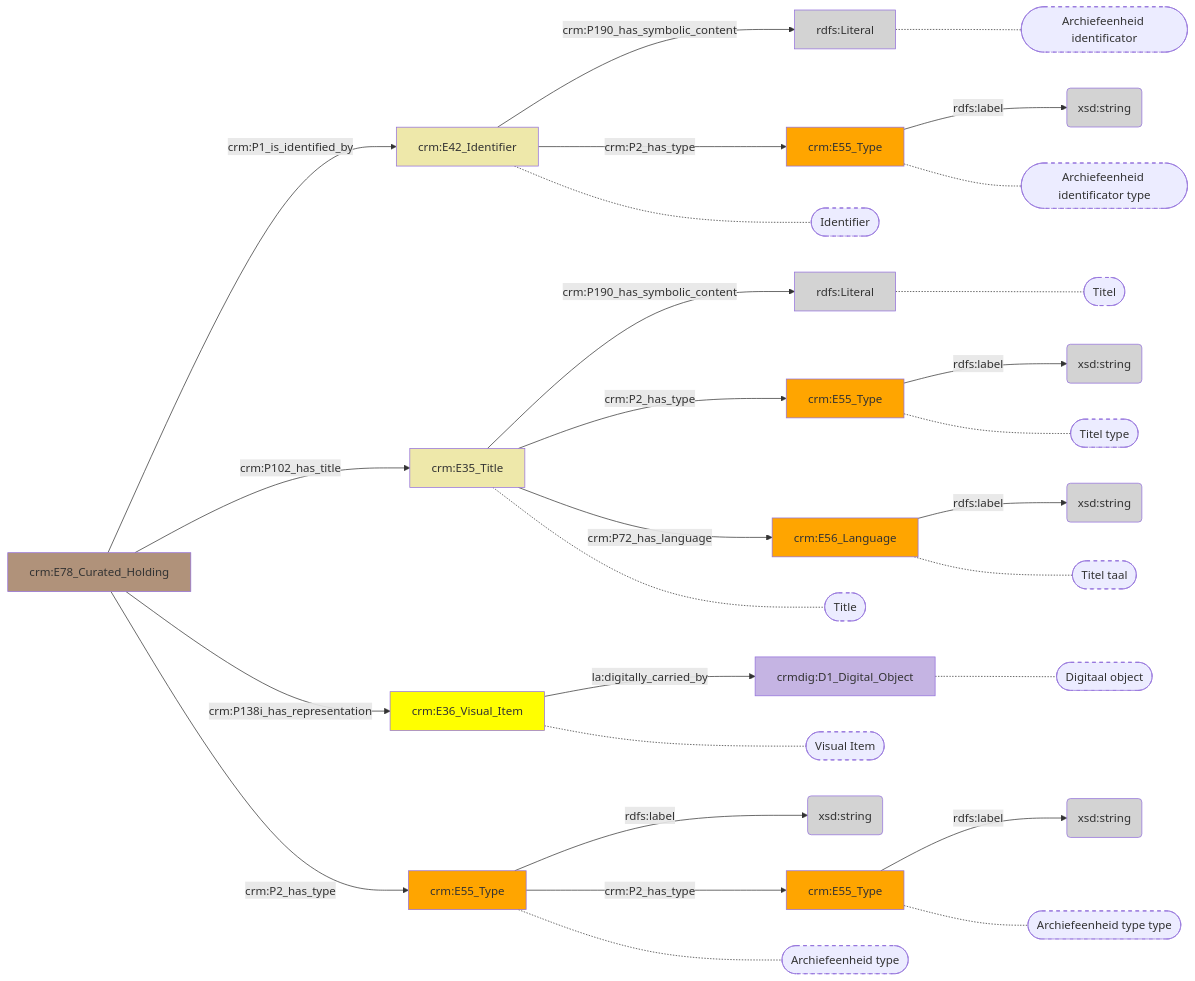
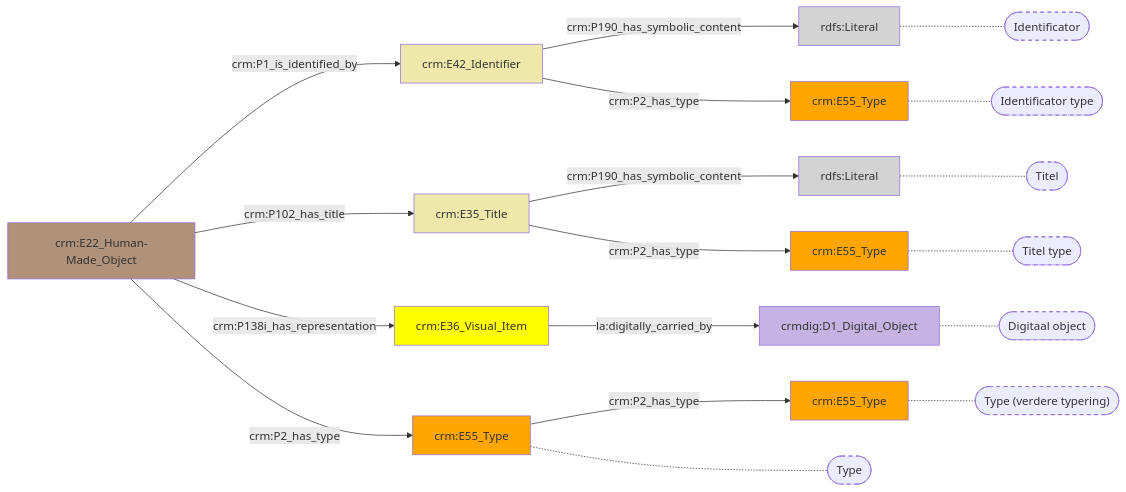
The diagram in docs/content/modellen/ArchivalUnit/Identificatie.md (digipolisantwerpdocumentation/antwerp-cultureel-erfgoed), drawn with Mermaid before and after one commit. The commit also changed 170 other files, not shown here.

````diff
--- a/docs/content/modellen/ArchivalUnit/Identificatie.md
+++ b/docs/content/modellen/ArchivalUnit/Identificatie.md
@@ -1,58 +1,38 @@
 ```mermaid
 graph LR
-3b219d7a-04fb-11ee-9497-96a6d2455259["crm:E42_Identifier"]-->|"crm:P190_has_symbolic_content"|3b21ac02-04fb-11ee-9497-96a6d2455259(rdfs:Literal)
-3b21a068-04fb-11ee-9497-96a6d2455259["crm:E35_Title"]-->|"crm:P190_has_symbolic_content"|3b21ade2-04fb-11ee-9497-96a6d2455259(rdfs:Literal)
-3b21a1da-04fb-11ee-9497-96a6d2455259["crm:E55_Type"]-->|"rdfs:label"|3b21af22-04fb-11ee-9497-96a6d2455259(xsd:string)
-3b21ac52-04fb-11ee-9497-96a6d2455259["crm:E55_Type"]-->|"rdfs:label"|3b21aca2-04fb-11ee-9497-96a6d2455259(xsd:string)
-3b21acf2-04fb-11ee-9497-96a6d2455259["crm:E56_Language"]-->|"rdfs:label"|3b21ae32-04fb-11ee-9497-96a6d2455259(xsd:string)
-3b21ad92-04fb-11ee-9497-96a6d2455259["crm:E55_Type"]-->|"rdfs:label"|3b21ad42-04fb-11ee-9497-96a6d2455259(xsd:string)
-3b21ae82-04fb-11ee-9497-96a6d2455259["crm:E55_Type"]-->|"rdfs:label"|3b21aed2-04fb-11ee-9497-96a6d2455259(xsd:string)
-3b219d7a-04fb-11ee-9497-96a6d2455259["crm:E42_Identifier"]-->|"crm:P2_has_type"|3b21ac52-04fb-11ee-9497-96a6d2455259["crm:E55_Type"]
-3b21a068-04fb-11ee-9497-96a6d2455259["crm:E35_Title"]-->|"crm:P2_has_type"|3b21ad92-04fb-11ee-9497-96a6d2455259["crm:E55_Type"]
-3b21a068-04fb-11ee-9497-96a6d2455259["crm:E35_Title"]-->|"crm:P72_has_language"|3b21acf2-04fb-11ee-9497-96a6d2455259["crm:E56_Language"]
-3b21a1da-04fb-11ee-9497-96a6d2455259["crm:E55_Type"]-->|"crm:P2_has_type"|3b21ae82-04fb-11ee-9497-96a6d2455259["crm:E55_Type"]
-3b21a4e6-04fb-11ee-9497-96a6d2455259["crm:E36_Visual_Item"]-->|"la:digitally_carried_by"|3b21b10c-04fb-11ee-9497-96a6d2455259["crmdig:D1_Digital_Object"]
-3b21a73e-04fb-11ee-9497-96a6d2455259["crm:E78_Curated_Holding"]-->|"crm:P1_is_identified_by"|3b219d7a-04fb-11ee-9497-96a6d2455259["crm:E42_Identifier"]
-3b21a73e-04fb-11ee-9497-96a6d2455259["crm:E78_Curated_Holding"]-->|"crm:P102_has_title"|3b21a068-04fb-11ee-9497-96a6d2455259["crm:E35_Title"]
-3b21a73e-04fb-11ee-9497-96a6d2455259["crm:E78_Curated_Holding"]-->|"crm:P138i_has_representation"|3b21a4e6-04fb-11ee-9497-96a6d2455259["crm:E36_Visual_Item"]
-3b21a73e-04fb-11ee-9497-96a6d2455259["crm:E78_Curated_Holding"]-->|"crm:P2_has_type"|3b21a1da-04fb-11ee-9497-96a6d2455259["crm:E55_Type"]
-3b21ac02-04fb-11ee-9497-96a6d2455259["rdfs:Literal"]-.-3b21ac02-04fb-11ee-9497-96a6d2455259_s(["Archiefeenheid identificator"])
-3b21ac52-04fb-11ee-9497-96a6d2455259["crm:E55_Type"]-.-3b21ac52-04fb-11ee-9497-96a6d2455259_s(["Archiefeenheid identificator type"])
-3b21ade2-04fb-11ee-9497-96a6d2455259["rdfs:Literal"]-.-3b21ade2-04fb-11ee-9497-96a6d2455259_s(["Titel"])
-3b21ad92-04fb-11ee-9497-96a6d2455259["crm:E55_Type"]-.-3b21ad92-04fb-11ee-9497-96a6d2455259_s(["Titel type"])
-3b21acf2-04fb-11ee-9497-96a6d2455259["crm:E56_Language"]-.-3b21acf2-04fb-11ee-9497-96a6d2455259_s(["Titel taal"])
-3b21ae82-04fb-11ee-9497-96a6d2455259["crm:E55_Type"]-.-3b21ae82-04fb-11ee-9497-96a6d2455259_s(["Archiefeenheid type type"])
-3b21b10c-04fb-11ee-9497-96a6d2455259["crmdig:D1_Digital_Object"]-.-3b21b10c-04fb-11ee-9497-96a6d2455259_s(["Digitaal object"])
-3b219d7a-04fb-11ee-9497-96a6d2455259["crm:E42_Identifier"]-.-3b219d7a-04fb-11ee-9497-96a6d2455259_s(["Identifier"])
-3b21a068-04fb-11ee-9497-96a6d2455259["crm:E35_Title"]-.-3b21a068-04fb-11ee-9497-96a6d2455259_s(["Title"])
-3b21a4e6-04fb-11ee-9497-96a6d2455259["crm:E36_Visual_Item"]-.-3b21a4e6-04fb-11ee-9497-96a6d2455259_s(["Visual Item"])
-3b21a1da-04fb-11ee-9497-96a6d2455259["crm:E55_Type"]-.-3b21a1da-04fb-11ee-9497-96a6d2455259_s(["Archiefeenheid type"])
-style 3b21ac02-04fb-11ee-9497-96a6d2455259_s stroke-dasharray: 5
-style 3b21ac52-04fb-11ee-9497-96a6d2455259_s stroke-dasharray: 5
-style 3b21ade2-04fb-11ee-9497-96a6d2455259_s stroke-dasharray: 5
-style 3b21ad92-04fb-11ee-9497-96a6d2455259_s stroke-dasharray: 5
-style 3b21acf2-04fb-11ee-9497-96a6d2455259_s stroke-dasharray: 5
-style 3b21ae82-04fb-11ee-9497-96a6d2455259_s stroke-dasharray: 5
-style 3b21b10c-04fb-11ee-9497-96a6d2455259_s stroke-dasharray: 5
-style 3b219d7a-04fb-11ee-9497-96a6d2455259_s stroke-dasharray: 5
-style 3b21a068-04fb-11ee-9497-96a6d2455259_s stroke-dasharray: 5
-style 3b21a4e6-04fb-11ee-9497-96a6d2455259_s stroke-dasharray: 5
-style 3b21a1da-04fb-11ee-9497-96a6d2455259_s stroke-dasharray: 5
-style 3b219d7a-04fb-11ee-9497-96a6d2455259 fill:#EEE8AA
-style 3b21a068-04fb-11ee-9497-96a6d2455259 fill:#EEE8AA
-style 3b21a1da-04fb-11ee-9497-96a6d2455259 fill:#ffa500
-style 3b21a4e6-04fb-11ee-9497-96a6d2455259 fill:#ffff00
-style 3b21a73e-04fb-11ee-9497-96a6d2455259 fill:#B0927A
-style 3b21ac02-04fb-11ee-9497-96a6d2455259 fill:#D3D3D3
-style 3b21ac52-04fb-11ee-9497-96a6d2455259 fill:#ffa500
-style 3b21aca2-04fb-11ee-9497-96a6d2455259 fill:#D3D3D3
-style 3b21acf2-04fb-11ee-9497-96a6d2455259 fill:#ffa500
-style 3b21ad42-04fb-11ee-9497-96a6d2455259 fill:#D3D3D3
-style 3b21ad92-04fb-11ee-9497-96a6d2455259 fill:#ffa500
-style 3b21ade2-04fb-11ee-9497-96a6d2455259 fill:#D3D3D3
-style 3b21ae32-04fb-11ee-9497-96a6d2455259 fill:#D3D3D3
-style 3b21ae82-04fb-11ee-9497-96a6d2455259 fill:#ffa500
-style 3b21aed2-04fb-11ee-9497-96a6d2455259 fill:#D3D3D3
-style 3b21af22-04fb-11ee-9497-96a6d2455259 fill:#D3D3D3
-style 3b21b10c-04fb-11ee-9497-96a6d2455259 fill:#C5B4E3
+style 11f54c3d-27fa-11ef-9d4a-960002548b4f fill:#ffa500
+style 11f55040-27fa-11ef-b1b6-960002548b4f fill:#ffa500
+style 3c6a4389-27fa-11ef-8dde-960002548b4f fill:#EEE8AA
+style 3c6a4642-27fa-11ef-9cba-960002548b4f fill:#D3D3D3
+style 3c6a46c4-27fa-11ef-a298-960002548b4f fill:#ffa500
+style 4b5e7525-27f9-11ef-8a93-960002548b4f fill:#EEE8AA
+style 4b5e7b75-27f9-11ef-bad6-960002548b4f fill:#ffa500
+style 4b5e7f94-27f9-11ef-9ea7-960002548b4f fill:#D3D3D3
+style bf6926f6-288b-11ef-b3a1-960002548b4f fill:#ffff00
+style bf692c12-288b-11ef-9ed4-960002548b4f fill:#C5B4E3
+style f03920c2-27f7-11ef-8f92-960002548b4f fill:#B0927A
+3c6a4389-27fa-11ef-8dde-960002548b4f["crm:E42_Identifier"]-->|"crm:P190_has_symbolic_content"|3c6a4642-27fa-11ef-9cba-960002548b4f(rdfs:Literal)
+4b5e7525-27f9-11ef-8a93-960002548b4f["crm:E35_Title"]-->|"crm:P190_has_symbolic_content"|4b5e7f94-27f9-11ef-9ea7-960002548b4f(rdfs:Literal)
+11f54c3d-27fa-11ef-9d4a-960002548b4f["crm:E55_Type"]-->|"crm:P2_has_type"|11f55040-27fa-11ef-b1b6-960002548b4f["crm:E55_Type"]
+3c6a4389-27fa-11ef-8dde-960002548b4f["crm:E42_Identifier"]-->|"crm:P2_has_type"|3c6a46c4-27fa-11ef-a298-960002548b4f["crm:E55_Type"]
+4b5e7525-27f9-11ef-8a93-960002548b4f["crm:E35_Title"]-->|"crm:P2_has_type"|4b5e7b75-27f9-11ef-bad6-960002548b4f["crm:E55_Type"]
+bf6926f6-288b-11ef-b3a1-960002548b4f["crm:E36_Visual_Item"]-->|"la:digitally_carried_by"|bf692c12-288b-11ef-9ed4-960002548b4f["crmdig:D1_Digital_Object"]
+f03920c2-27f7-11ef-8f92-960002548b4f["crm:E22_Human-Made_Object"]-->|"crm:P1_is_identified_by"|3c6a4389-27fa-11ef-8dde-960002548b4f["crm:E42_Identifier"]
+f03920c2-27f7-11ef-8f92-960002548b4f["crm:E22_Human-Made_Object"]-->|"crm:P102_has_title"|4b5e7525-27f9-11ef-8a93-960002548b4f["crm:E35_Title"]
+f03920c2-27f7-11ef-8f92-960002548b4f["crm:E22_Human-Made_Object"]-->|"crm:P138i_has_representation"|bf6926f6-288b-11ef-b3a1-960002548b4f["crm:E36_Visual_Item"]
+f03920c2-27f7-11ef-8f92-960002548b4f["crm:E22_Human-Made_Object"]-->|"crm:P2_has_type"|11f54c3d-27fa-11ef-9d4a-960002548b4f["crm:E55_Type"]
+11f55040-27fa-11ef-b1b6-960002548b4f["crm:E55_Type"]-.-11f55040-27fa-11ef-b1b6-960002548b4f_s(["Type (verdere typering)"])
+3c6a4642-27fa-11ef-9cba-960002548b4f["rdfs:Literal"]-.-3c6a4642-27fa-11ef-9cba-960002548b4f_s(["Identificator"])
+3c6a46c4-27fa-11ef-a298-960002548b4f["crm:E55_Type"]-.-3c6a46c4-27fa-11ef-a298-960002548b4f_s(["Identificator type"])
+4b5e7f94-27f9-11ef-9ea7-960002548b4f["rdfs:Literal"]-.-4b5e7f94-27f9-11ef-9ea7-960002548b4f_s(["Titel"])
+4b5e7b75-27f9-11ef-bad6-960002548b4f["crm:E55_Type"]-.-4b5e7b75-27f9-11ef-bad6-960002548b4f_s(["Titel type"])
+bf692c12-288b-11ef-9ed4-960002548b4f["crmdig:D1_Digital_Object"]-.-bf692c12-288b-11ef-9ed4-960002548b4f_s(["Digitaal object"])
+11f54c3d-27fa-11ef-9d4a-960002548b4f["crm:E55_Type"]-.-11f54c3d-27fa-11ef-9d4a-960002548b4f_s(["Type"])
+style 11f55040-27fa-11ef-b1b6-960002548b4f_s stroke-dasharray: 5
+style 3c6a4642-27fa-11ef-9cba-960002548b4f_s stroke-dasharray: 5
+style 3c6a46c4-27fa-11ef-a298-960002548b4f_s stroke-dasharray: 5
+style 4b5e7f94-27f9-11ef-9ea7-960002548b4f_s stroke-dasharray: 5
+style 4b5e7b75-27f9-11ef-bad6-960002548b4f_s stroke-dasharray: 5
+style bf692c12-288b-11ef-9ed4-960002548b4f_s stroke-dasharray: 5
+style 11f54c3d-27fa-11ef-9d4a-960002548b4f_s stroke-dasharray: 5
 ```
````
